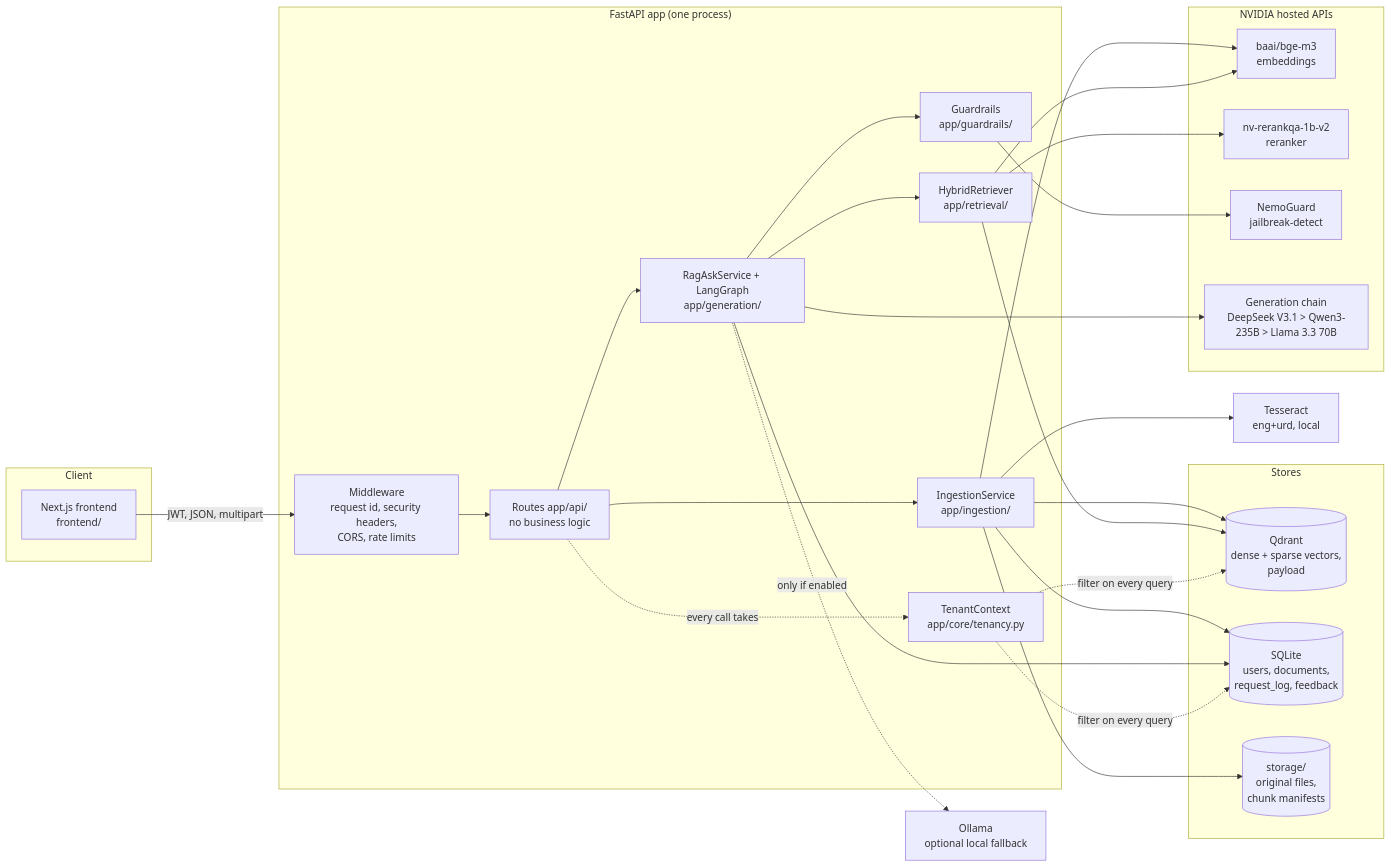
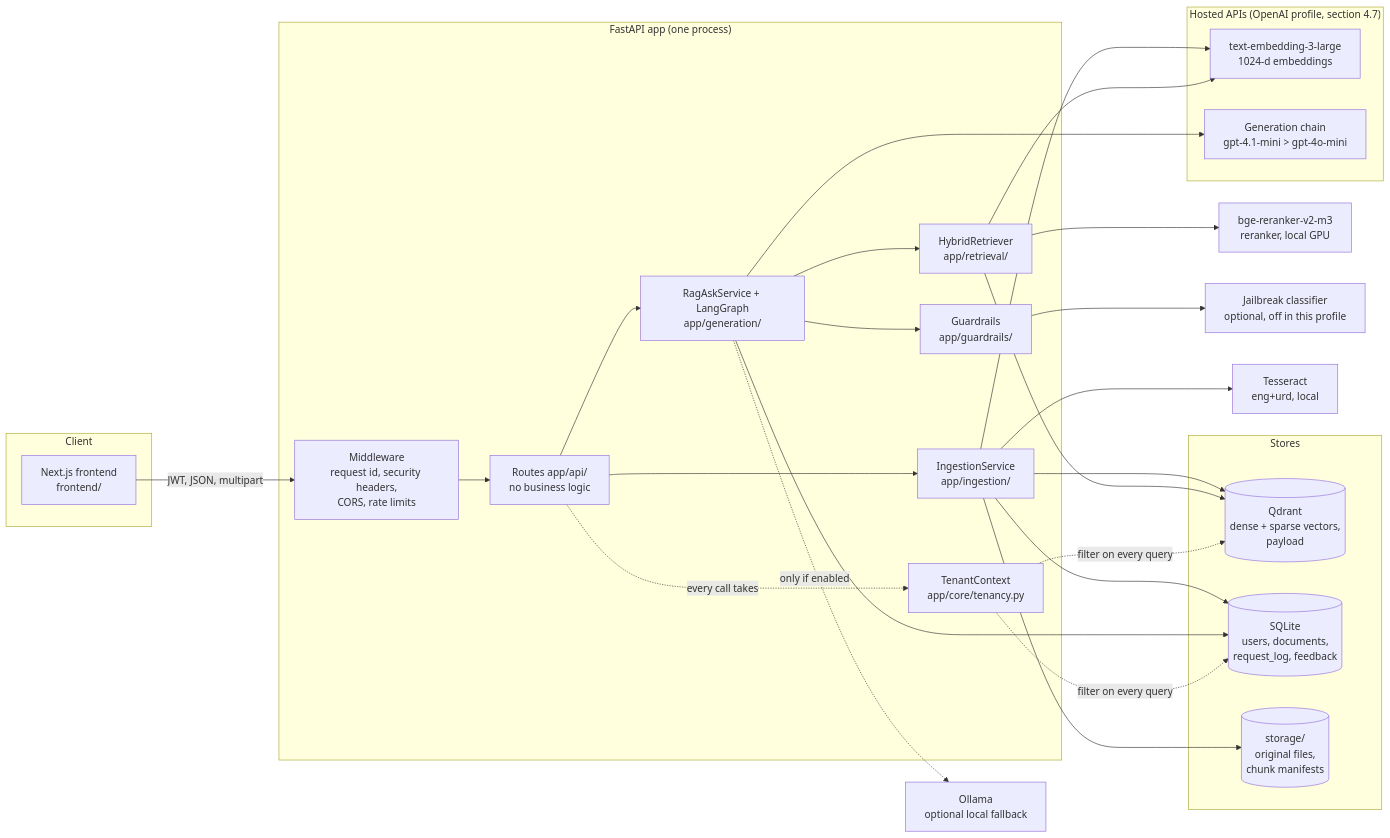
Before and after one commit to SarmadRazaq/pakistan-citizen-services-rag: the first of 3 diagrams in DESIGN.md, drawn with Mermaid. The commit also changed other lines of this file and 1 other file, not shown here.

First line of the commit message:
docs: DESIGN.md and README match the configured OpenAI provider profile

````diff
--- a/DESIGN.md
+++ b/DESIGN.md
@@ -52,49 +54,49 @@
 ```mermaid
 flowchart LR
   subgraph Client
     FE[Next.js frontend<br/>frontend/]
   end
   subgraph API["FastAPI app (one process)"]
     MW[Middleware<br/>request id, security headers,<br/>CORS, rate limits]
     R[Routes app/api/<br/>no business logic]
     ING[IngestionService<br/>app/ingestion/]
     ASK[RagAskService + LangGraph<br/>app/generation/]
     RET[HybridRetriever<br/>app/retrieval/]
     GR[Guardrails<br/>app/guardrails/]
     TEN[TenantContext<br/>app/core/tenancy.py]
   end
   subgraph Stores
     Q[(Qdrant<br/>dense + sparse vectors,<br/>payload)]
     DB[(SQLite<br/>users, documents,<br/>request_log, feedback)]
     FS[(storage/<br/>original files,<br/>chunk manifests)]
   end
-  subgraph NVIDIA["NVIDIA hosted APIs"]
-    EMB[baai/bge-m3<br/>embeddings]
-    RR[nv-rerankqa-1b-v2<br/>reranker]
-    JB[NemoGuard<br/>jailbreak-detect]
-    LLM[Generation chain<br/>DeepSeek V3.1 > Qwen3-235B > Llama 3.3 70B]
+  subgraph Hosted["Hosted APIs (OpenAI profile, section 4.7)"]
+    EMB[text-embedding-3-large<br/>1024-d embeddings]
+    LLM[Generation chain<br/>gpt-4.1-mini > gpt-4o-mini]
   end
+  RR[bge-reranker-v2-m3<br/>reranker, local GPU]
+  JB[Jailbreak classifier<br/>optional, off in this profile]
   OL[Ollama<br/>optional local fallback]
   OCR[Tesseract<br/>eng+urd, local]
 
   FE -->|JWT, JSON, multipart| MW --> R
   R --> ING
   R --> ASK
   ING --> OCR
   ING --> EMB
   ING --> Q
   ING --> DB
   ING --> FS
   ASK --> GR
   ASK --> RET
   ASK --> LLM
   ASK -.->|only if enabled| OL
   GR --> JB
   RET --> EMB
   RET --> Q
   RET --> RR
   ASK --> DB
   R -. every call takes .-> TEN
   TEN -. filter on every query .-> Q
   TEN -. filter on every query .-> DB
 ```
````
